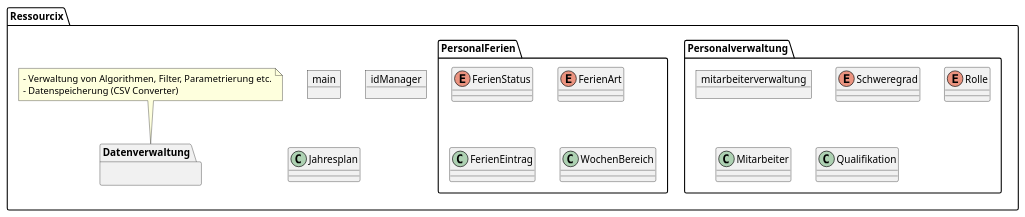
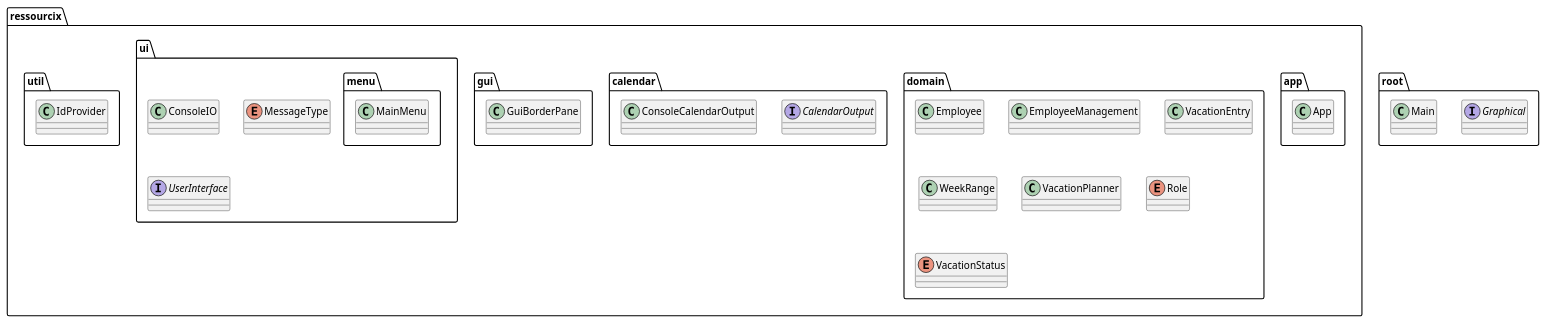
The diagram in 1_Semesterarbeit/Ressourcix/doc/PackageDiagramm.puml (TheMorrisino/Semesterarbeiten_NDS_ABBTS), drawn with PlantUML before and after one commit. The commit also changed 7 other files, not shown here.

Commit message:
Klassen und Package diagramm

```diff
--- a/1_Semesterarbeit/Ressourcix/doc/PackageDiagramm.puml
+++ b/1_Semesterarbeit/Ressourcix/doc/PackageDiagramm.puml
@@ -1,39 +1,45 @@
-@startuml
-package "Ressourcix" {
-    object main
-    object idManager
-    class Jahresplan
-
-
-    package "Personalverwaltung"{
-        object mitarbeiterverwaltung
-        enum Schweregrad
-        enum Rolle
-        class Mitarbeiter
-        class Qualifikation
-
-
-
-    }
-
-    package "PersonalFerien"{
-        enum FerienStatus
-        enum FerienArt
-        class FerienEintrag
-        class WochenBereich
-
-    }
-
-    package "Datenverwaltung" {
-
-    }
-
-note top of Datenverwaltung
-  - Verwaltung von Algorithmen, Filter, Parametrierung etc.
-  - Datenspeicherung (CSV Converter)
-end note
+@startuml Ressourcix_Package_Diagram
+' ===== PACKAGE GROUPING =====
+package "ressourcix.app" {
+    class App
 }
 
+package "ressourcix.domain" {
+    class Employee
+    class EmployeeManagement
+    class VacationEntry
+    class WeekRange
+    class VacationPlanner
+    enum Role
+    enum VacationStatus
+}
 
+package "ressourcix.calendar" {
+    interface CalendarOutput
+    class ConsoleCalendarOutput
+}
+
+package "ressourcix.gui" {
+    class GuiBorderPane
+}
+
+package "ressourcix.ui" {
+    class ConsoleIO
+    enum MessageType
+    interface UserInterface
+}
+
+package "ressourcix.ui.menu" {
+    class MainMenu
+}
+
+package "ressourcix.util" {
+    class IdProvider
+}
+
+package "root" {
+    interface Graphical
+    class Main
+}
 
 @enduml
```
